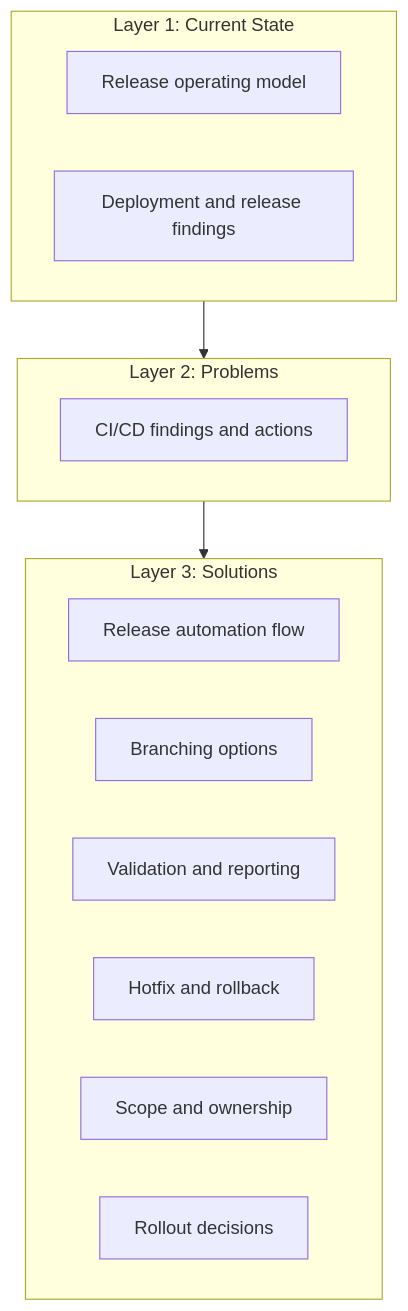
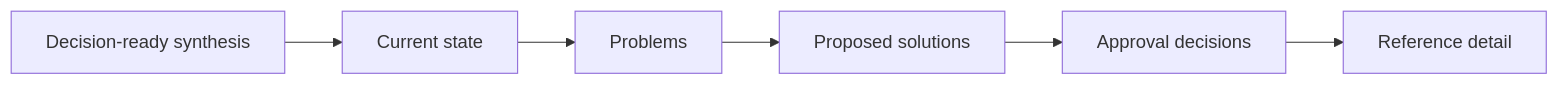
One commit to benanaktaspusulait/branching-strategy changed the diagram in README.md. Above: the diagram before and after it, drawn with Mermaid. The commit also changed other lines of this file and 19 other files, not shown here.

````diff
--- a/README.md
+++ b/README.md
@@ -82,23 +91,8 @@
 ```mermaid
-flowchart TD
-  subgraph CURRENT["Layer 1: Current State"]
-    A["Release operating model"]
-    B["Deployment and release findings"]
-  end
-
-  subgraph PROBLEMS["Layer 2: Problems"]
-    C["CI/CD findings and actions"]
-  end
-
-  subgraph SOLUTIONS["Layer 3: Solutions"]
-    D["Release automation flow"]
-    E["Branching options"]
-    F["Validation and reporting"]
-    G["Hotfix and rollback"]
-    H["Scope and ownership"]
-    I["Rollout decisions"]
-  end
-
-  CURRENT --> PROBLEMS
-  PROBLEMS --> SOLUTIONS
+flowchart LR
+  A["Decision-ready synthesis"] --> B["Current state"]
+  B --> C["Problems"]
+  C --> D["Proposed solutions"]
+  D --> E["Approval decisions"]
+  E --> F["Reference detail"]
 ```
````
